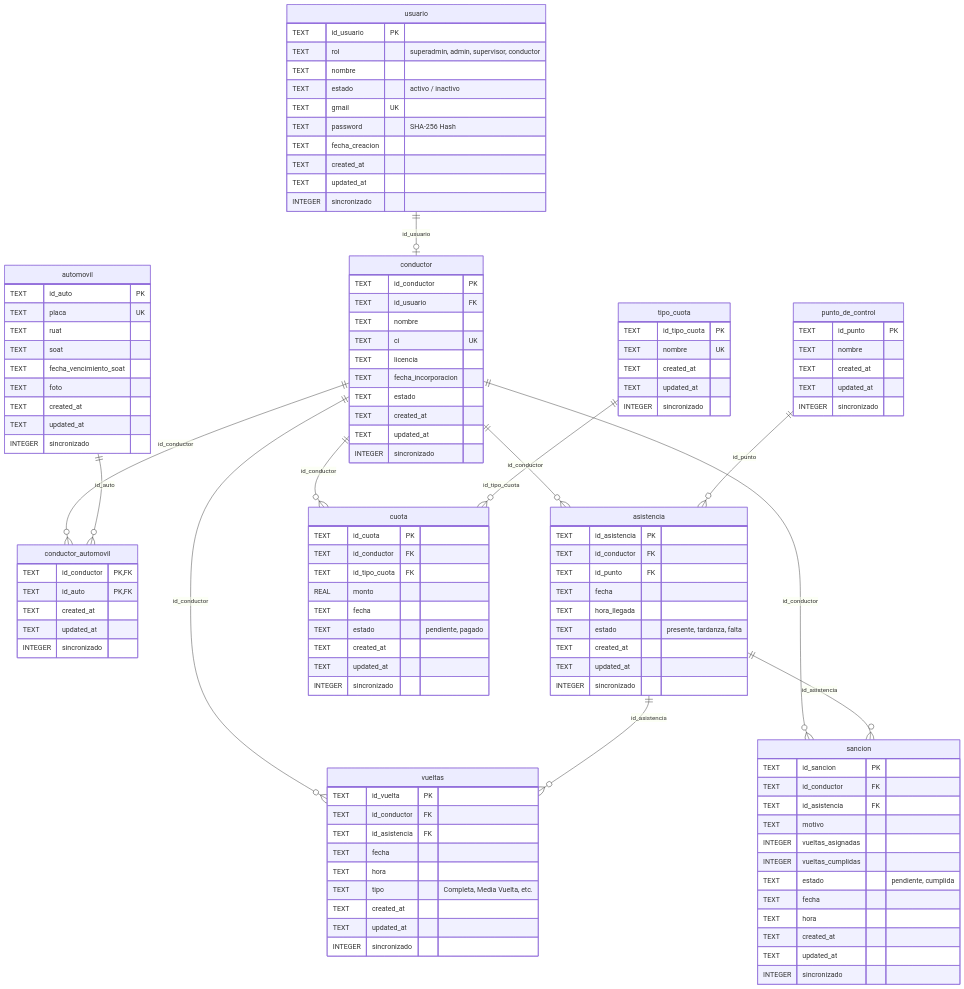
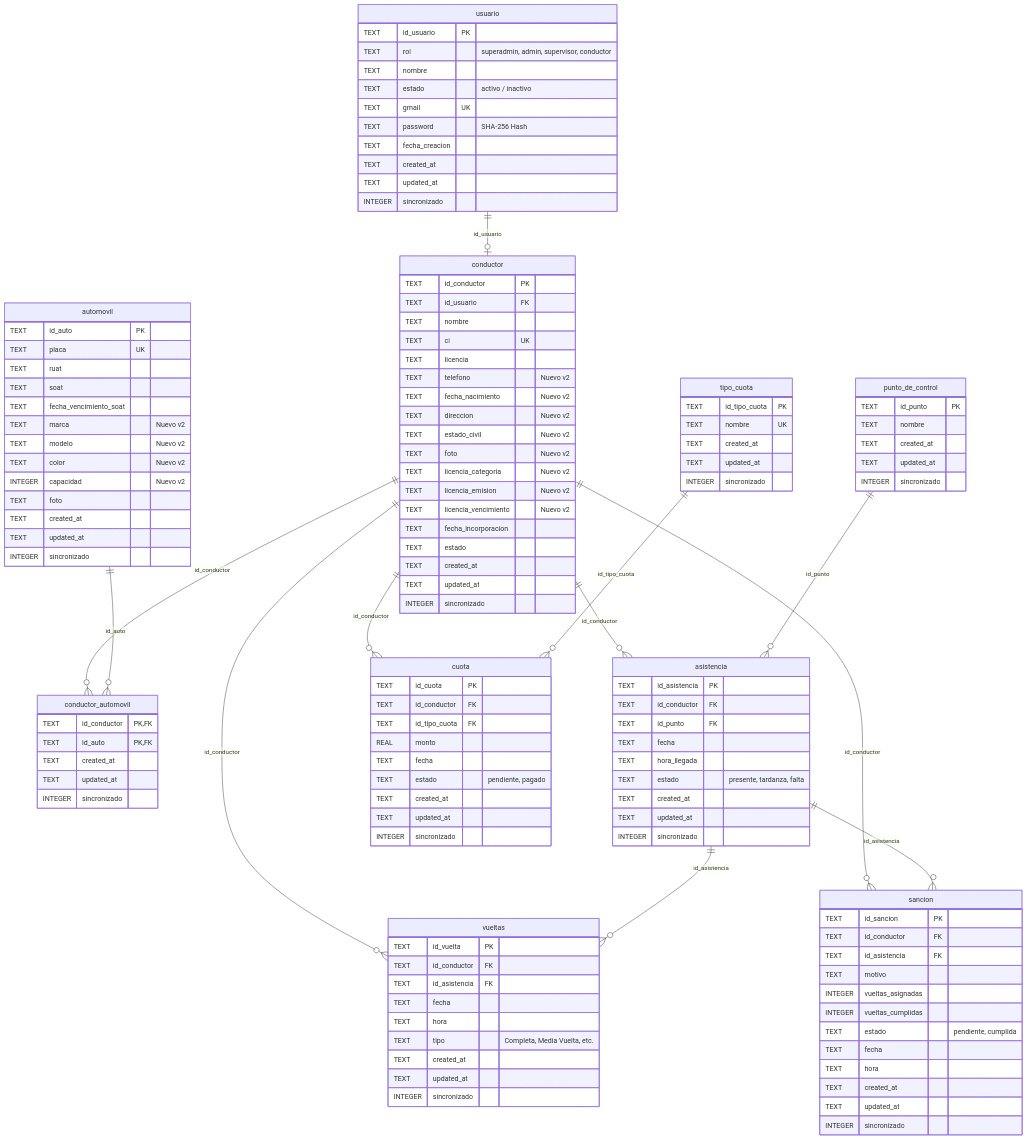
Before and after one commit to Michaelcrispin/continental_proyecto_grado: the diagram in BASE_DE_DATOS.md, drawn with Mermaid. The commit also changed other lines of this file and 28 other files, not shown here.

```diff
--- a/BASE_DE_DATOS.md
+++ b/BASE_DE_DATOS.md
@@ -50,6 +50,14 @@
         TEXT nombre
         TEXT ci UK
         TEXT licencia
+        TEXT telefono "Nuevo v2"
+        TEXT fecha_nacimiento "Nuevo v2"
+        TEXT direccion "Nuevo v2"
+        TEXT estado_civil "Nuevo v2"
+        TEXT foto "Nuevo v2"
+        TEXT licencia_categoria "Nuevo v2"
+        TEXT licencia_emision "Nuevo v2"
+        TEXT licencia_vencimiento "Nuevo v2"
         TEXT fecha_incorporacion
         TEXT estado
         TEXT created_at
@@ -63,6 +71,10 @@
         TEXT ruat
         TEXT soat
         TEXT fecha_vencimiento_soat
+        TEXT marca "Nuevo v2"
+        TEXT modelo "Nuevo v2"
+        TEXT color "Nuevo v2"
+        INTEGER capacidad "Nuevo v2"
         TEXT foto
         TEXT created_at
         TEXT updated_at
```
